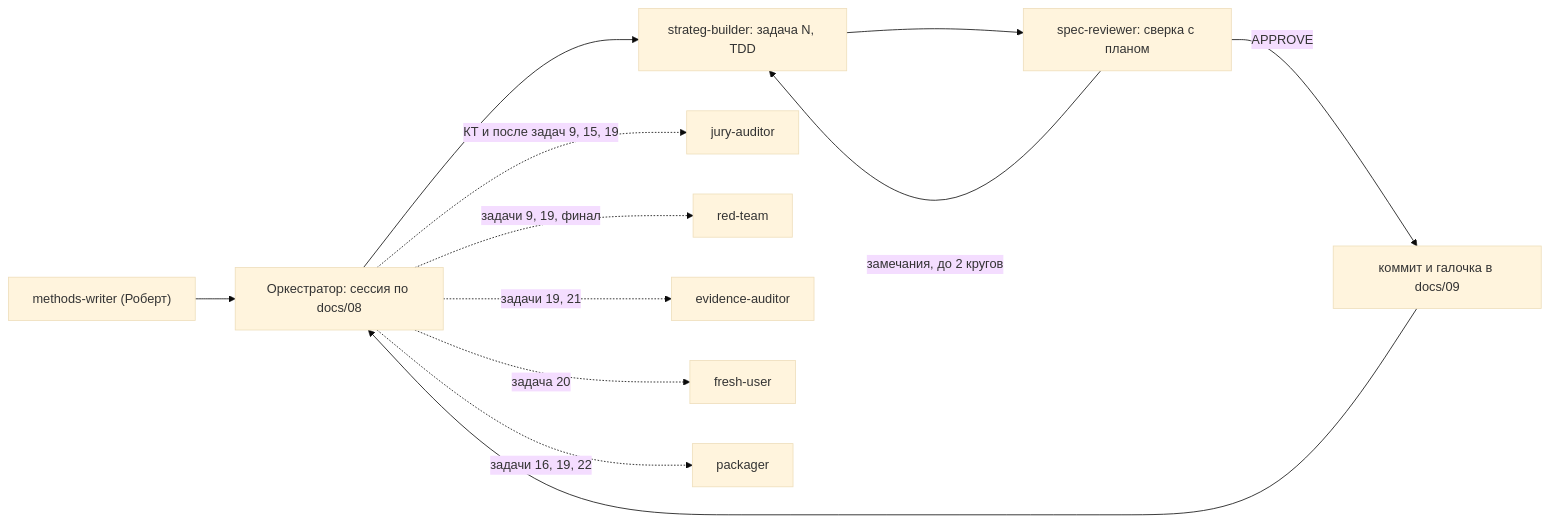
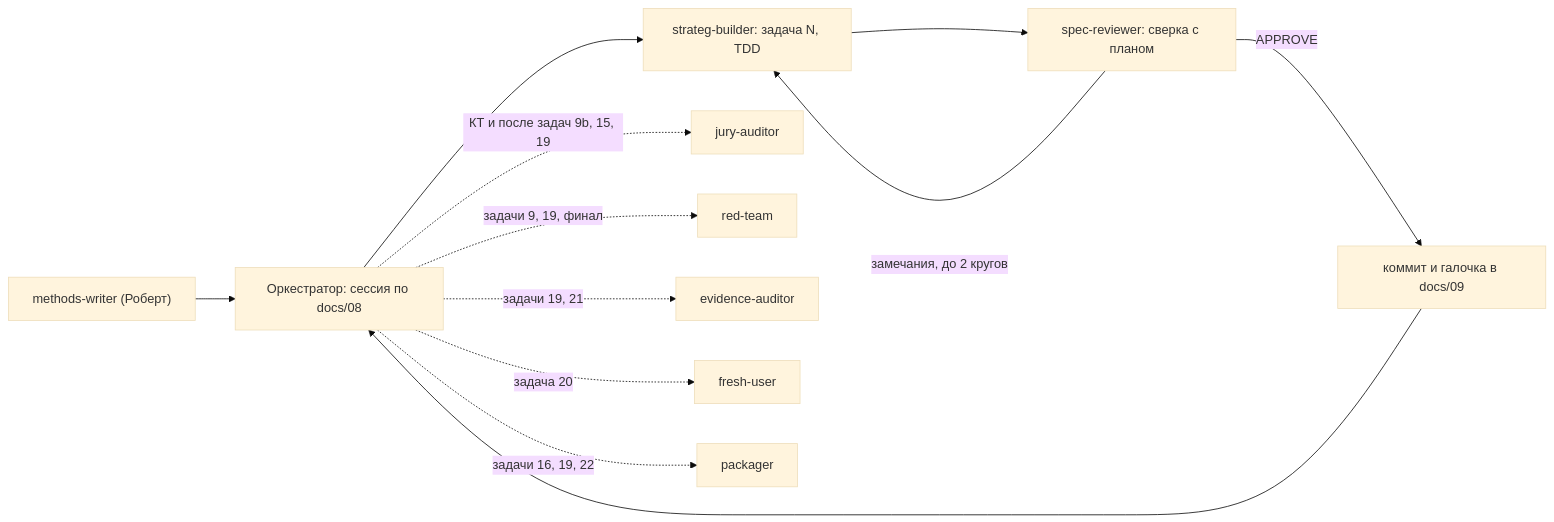
One commit to hfuvoo-art/chellenge changed the diagram in docs/10-ii-proekt-agenty.md. Above: the diagram before and after it, drawn with Mermaid (base theme). The commit also changed other lines of this file and 7 other files, not shown here.

````diff
--- a/docs/10-ii-proekt-agenty.md
+++ b/docs/10-ii-proekt-agenty.md
@@ -26,14 +26,14 @@
 ```mermaid
 flowchart LR
   O["Оркестратор: сессия по docs/08"] --> B["strateg-builder: задача N, TDD"]
   B --> R["spec-reviewer: сверка с планом"]
   R -- "замечания, до 2 кругов" --> B
   R -- "APPROVE" --> C["коммит и галочка в docs/09"]
   C --> O
-  O -. "КТ и после задач 9, 15, 19" .-> J["jury-auditor"]
+  O -. "КТ и после задач 9b, 15, 19" .-> J["jury-auditor"]
   O -. "задачи 9, 19, финал" .-> RT["red-team"]
   O -. "задачи 19, 21" .-> E["evidence-auditor"]
   O -. "задача 20" .-> F["fresh-user"]
   M["methods-writer (Роберт)"] --> O
   O -. "задачи 16, 19, 22" .-> P["packager"]
 ```
````
